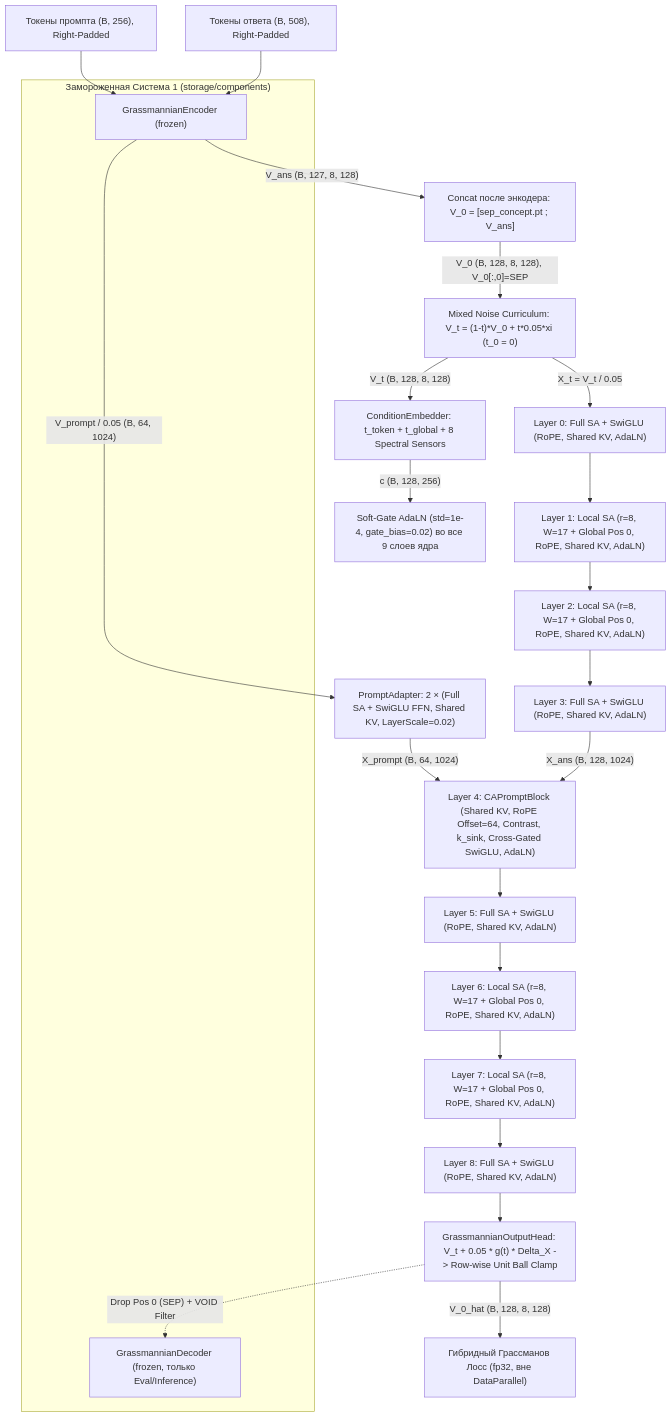
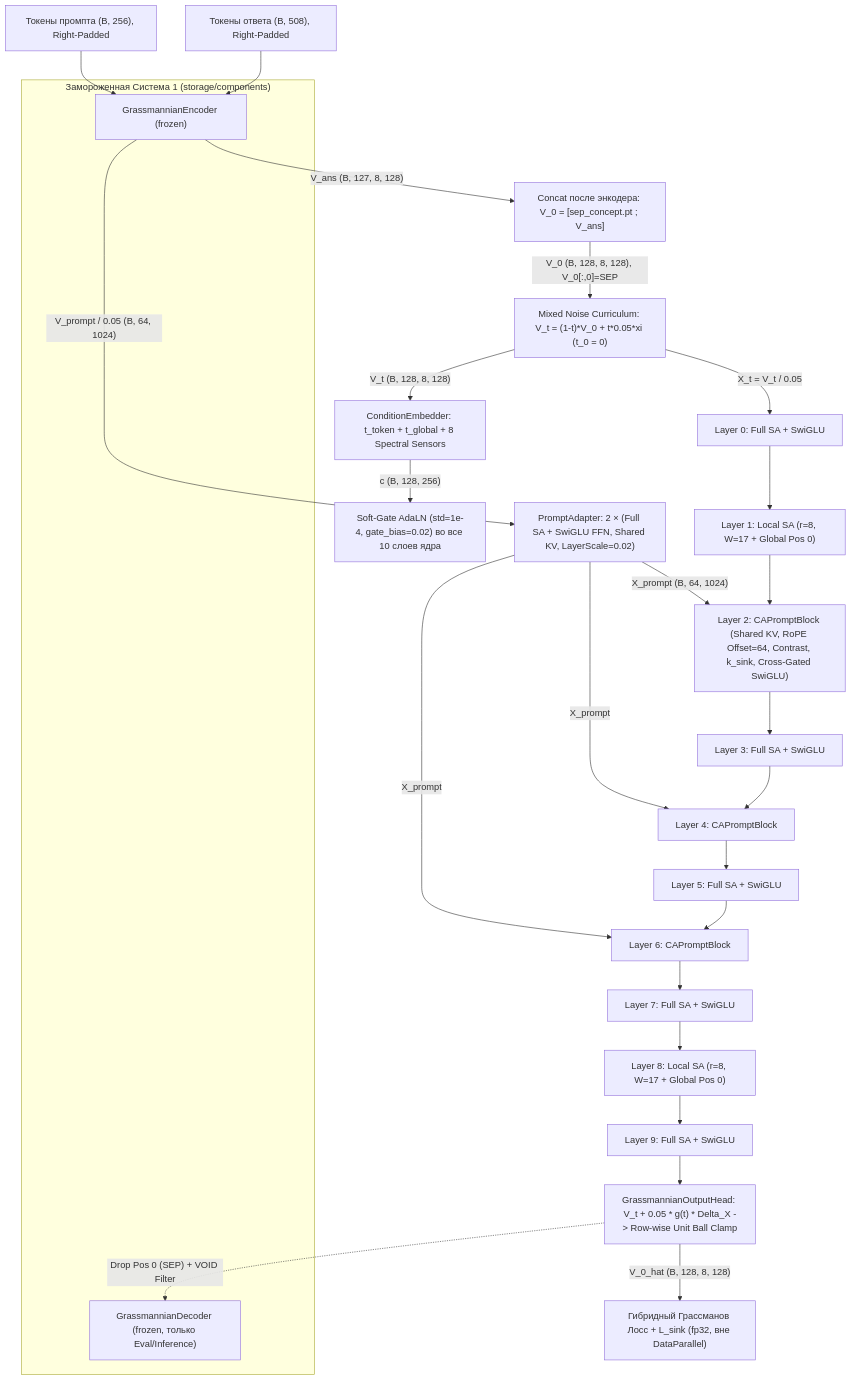
One commit to Laeryid/BEBLaDII changed the diagram in experiments/phase 2/experiment_plan.md. Above: the diagram before and after it, drawn with Mermaid. The commit also changed other lines of this file and 9 other files, not shown here.

````diff
--- a/experiments/phase 2/experiment_plan.md
+++ b/experiments/phase 2/experiment_plan.md
@@ -104,34 +104,35 @@
 ```mermaid
 flowchart TD
     subgraph System1["Замороженная Система 1 (storage/components)"]
         E["GrassmannianEncoder (frozen)"]
         D["GrassmannianDecoder (frozen, только Eval/Inference)"]
     end
 
     P["Токены промпта (B, 256), Right-Padded"] --> E
     A["Токены ответа (B, 508), Right-Padded"] --> E
 
     E -->|"V_prompt / 0.05 (B, 64, 1024)"| PA["PromptAdapter: 2 × (Full SA + SwiGLU FFN, Shared KV, LayerScale=0.02)"]
     E -->|"V_ans (B, 127, 8, 128)"| Cat["Concat после энкодера: V_0 = [sep_concept.pt ; V_ans]"]
     Cat -->|"V_0 (B, 128, 8, 128), V_0[:,0]=SEP"| Noise["Mixed Noise Curriculum: V_t = (1-t)*V_0 + t*0.05*xi (t_0 = 0)"]
 
     Noise -->|"V_t (B, 128, 8, 128)"| Cond["ConditionEmbedder: t_token + t_global + 8 Spectral Sensors"]
-    Cond -->|"c (B, 128, 256)"| AdaLN["Soft-Gate AdaLN (std=1e-4, gate_bias=0.02) во все 9 слоев ядра"]
+    Cond -->|"c (B, 128, 256)"| AdaLN["Soft-Gate AdaLN (std=1e-4, gate_bias=0.02) во все 10 слоев ядра"]
 
-    Noise -->|"X_t = V_t / 0.05"| L0["Layer 0: Full SA + SwiGLU (RoPE, Shared KV, AdaLN)"]
-    L0 --> L1["Layer 1: Local SA (r=8, W=17 + Global Pos 0, RoPE, Shared KV, AdaLN)"]
-    L1 --> L2["Layer 2: Local SA (r=8, W=17 + Global Pos 0, RoPE, Shared KV, AdaLN)"]
-    L2 --> L3["Layer 3: Full SA + SwiGLU (RoPE, Shared KV, AdaLN)"]
+    Noise -->|"X_t = V_t / 0.05"| L0["Layer 0: Full SA + SwiGLU"]
+    L0 --> L1["Layer 1: Local SA (r=8, W=17 + Global Pos 0)"]
+    PA -->|"X_prompt (B, 64, 1024)"| L2
+    PA -->|"X_prompt"| L4
+    PA -->|"X_prompt"| L6
+    L1 --> L2["Layer 2: CAPromptBlock (Shared KV, RoPE Offset=64, Contrast, k_sink, Cross-Gated SwiGLU)"]
+    L2 --> L3["Layer 3: Full SA + SwiGLU"]
+    L3 --> L4["Layer 4: CAPromptBlock"]
+    L4 --> L5["Layer 5: Full SA + SwiGLU"]
+    L5 --> L6["Layer 6: CAPromptBlock"]
+    L6 --> L7["Layer 7: Full SA + SwiGLU"]
+    L7 --> L8["Layer 8: Local SA (r=8, W=17 + Global Pos 0)"]
+    L8 --> L9["Layer 9: Full SA + SwiGLU"]
 
-    PA -->|"X_prompt (B, 64, 1024)"| L4
-    L3 -->|"X_ans (B, 128, 1024)"| L4["Layer 4: CAPromptBlock (Shared KV, RoPE Offset=64, Contrast, k_sink, Cross-Gated SwiGLU, AdaLN)"]
-
-    L4 --> L5["Layer 5: Full SA + SwiGLU (RoPE, Shared KV, AdaLN)"]
-    L5 --> L6["Layer 6: Local SA (r=8, W=17 + Global Pos 0, RoPE, Shared KV, AdaLN)"]
-    L6 --> L7["Layer 7: Local SA (r=8, W=17 + Global Pos 0, RoPE, Shared KV, AdaLN)"]
-    L7 --> L8["Layer 8: Full SA + SwiGLU (RoPE, Shared KV, AdaLN)"]
-
-    L8 --> OutHead["GrassmannianOutputHead: V_t + 0.05 * g(t) * Delta_X -> Row-wise Unit Ball Clamp"]
-    OutHead -->|"V_0_hat (B, 128, 8, 128)"| Loss["Гибридный Грассманов Лосс (fp32, вне DataParallel)"]
+    L9 --> OutHead["GrassmannianOutputHead: V_t + 0.05 * g(t) * Delta_X -> Row-wise Unit Ball Clamp"]
+    OutHead -->|"V_0_hat (B, 128, 8, 128)"| Loss["Гибридный Грассманов Лосс + L_sink (fp32, вне DataParallel)"]
     OutHead -.->|"Drop Pos 0 (SEP) + VOID Filter"| D
 ```
````
